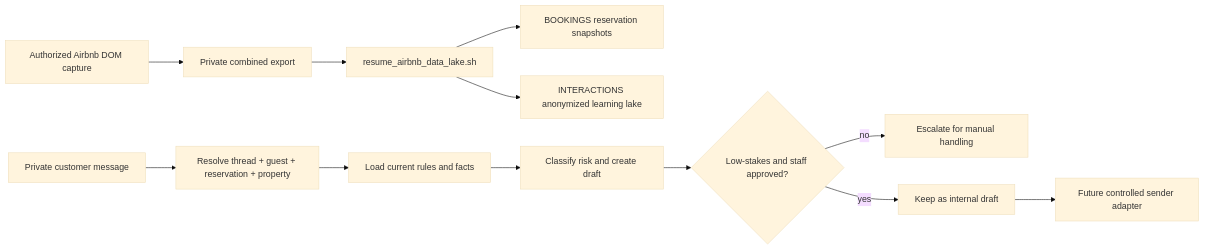
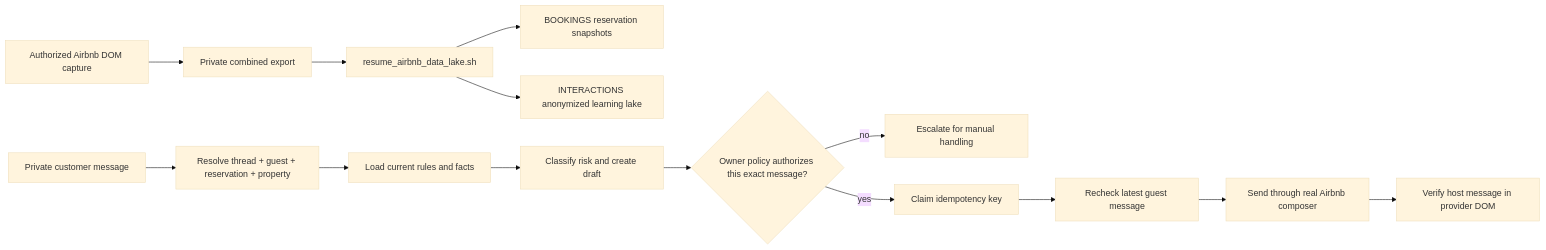
One commit to pzg8794/MLADIS changed the diagram in docs/business/operations/airbnb-response-automation-runbook.md. Above: the diagram before and after it, drawn with Mermaid (base theme). The commit also changed other lines of this file and 9 other files, not shown here.

Commit message:
ops/airbnb: add guarded low-stakes responder

````diff
--- a/docs/business/operations/airbnb-response-automation-runbook.md
+++ b/docs/business/operations/airbnb-response-automation-runbook.md
@@ -32,14 +36,16 @@
 ```mermaid
 flowchart LR
   A[Authorized Airbnb DOM capture] --> B[Private combined export]
   B --> C[resume_airbnb_data_lake.sh]
   C --> D[BOOKINGS reservation snapshots]
   C --> E[INTERACTIONS anonymized learning lake]
   F[Private customer message] --> G[Resolve thread + guest + reservation + property]
   G --> H[Load current rules and facts]
   H --> I[Classify risk and create draft]
-  I --> J{Low-stakes and staff approved?}
+  I --> J{Owner policy authorizes this exact message?}
   J -- no --> K[Escalate for manual handling]
-  J -- yes --> L[Keep as internal draft]
-  L --> M[Future controlled sender adapter]
+  J -- yes --> L[Claim idempotency key]
+  L --> M[Recheck latest guest message]
+  M --> N[Send through real Airbnb composer]
+  N --> O[Verify host message in provider DOM]
 ```
````
